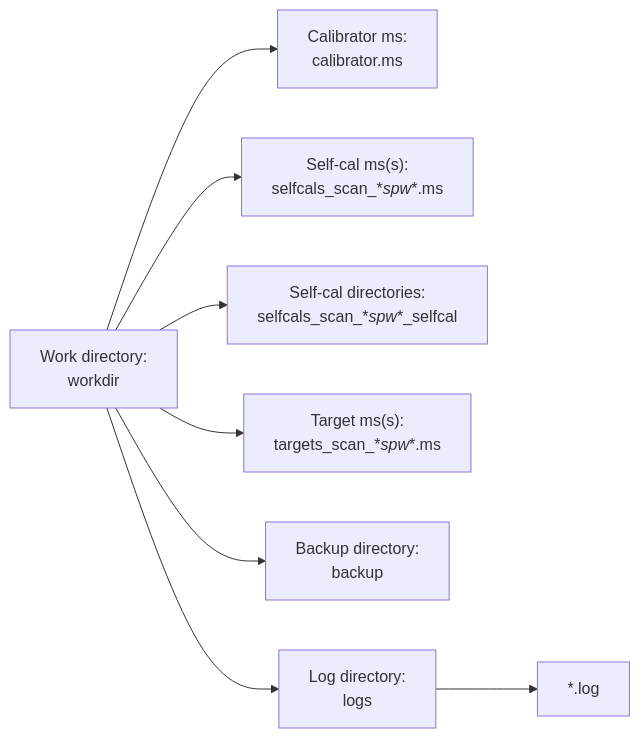
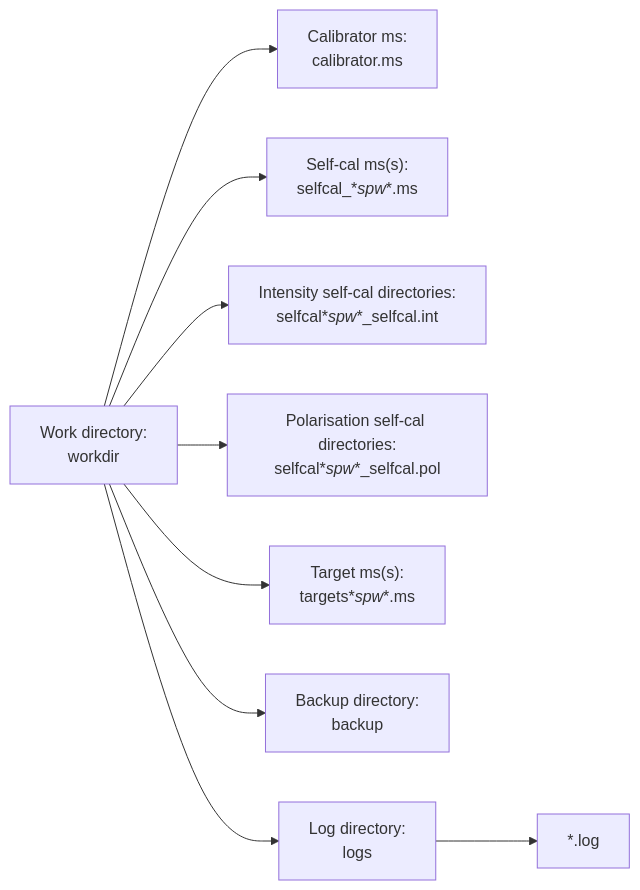
One commit to devojyoti96/P-AIRCARS changed the first of 2 diagrams in docs/source/output.rst. Above: the diagram before and after it, drawn with Mermaid. The commit also changed 3 other files, not shown here.

```diff
--- a/docs/source/output.rst
+++ b/docs/source/output.rst
@@ -34,10 +34,11 @@
    .. mermaid::
 
        graph LR
            WD["Work directory:<br>workdir"] --> CAL["Calibrator ms:<br>calibrator.ms"]
-           WD --> SCMS["`Self-cal ms(s):<br>selfcals_scan_*_spw_*.ms`"]
-           WD --> SCDIR["`Self-cal directories:<br>selfcals_scan_*_spw_*_selfcal`"]
-           WD --> TMS["`Target ms(s):<br>targets_scan_*_spw_*.ms`"]
+           WD --> SCMS["`Self-cal ms(s):<br>selfcal_*_spw_*.ms`"]
+           WD --> INTSCDIR["`Intensity self-cal directories:<br>selfcal*_spw_*_selfcal.int`"]
+           WD --> POLSCDIR["`Polarisation self-cal directories:<br>selfcal*_spw_*_selfcal.pol`"]
+           WD --> TMS["`Target ms(s):<br>targets*_spw_*.ms`"]
            WD --> BACK["Backup directory:<br>backup"]
            WD --> LOG["Log directory:<br>logs"]
            LOG --> LOGF["*.log"]
```
